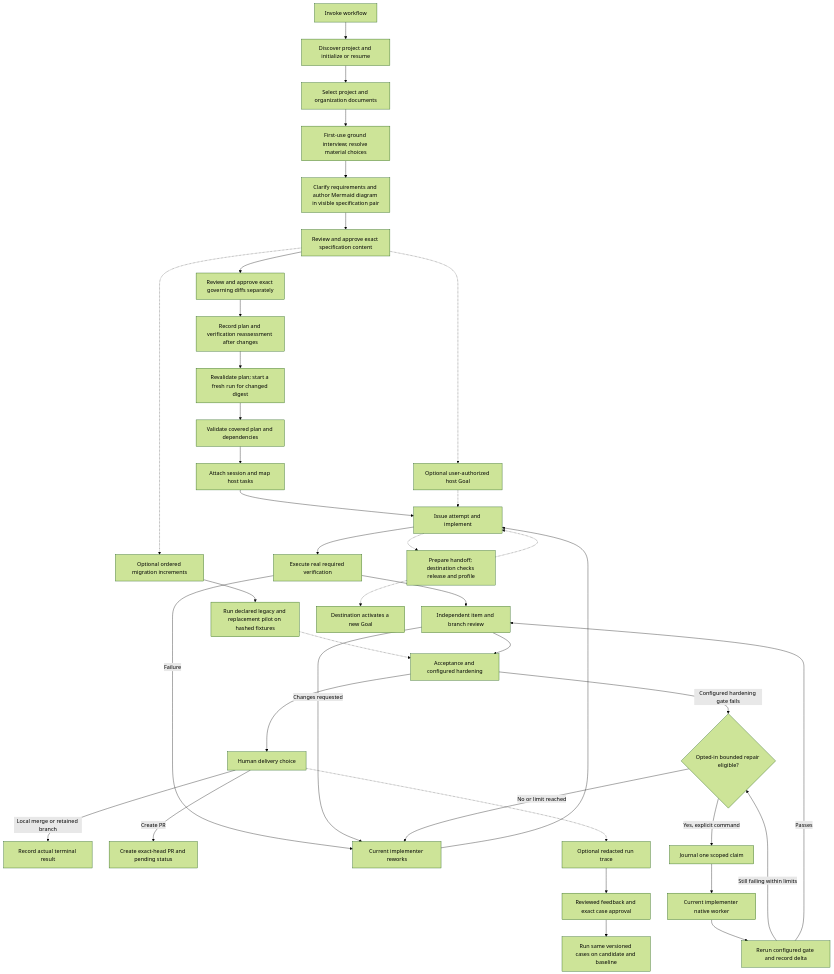
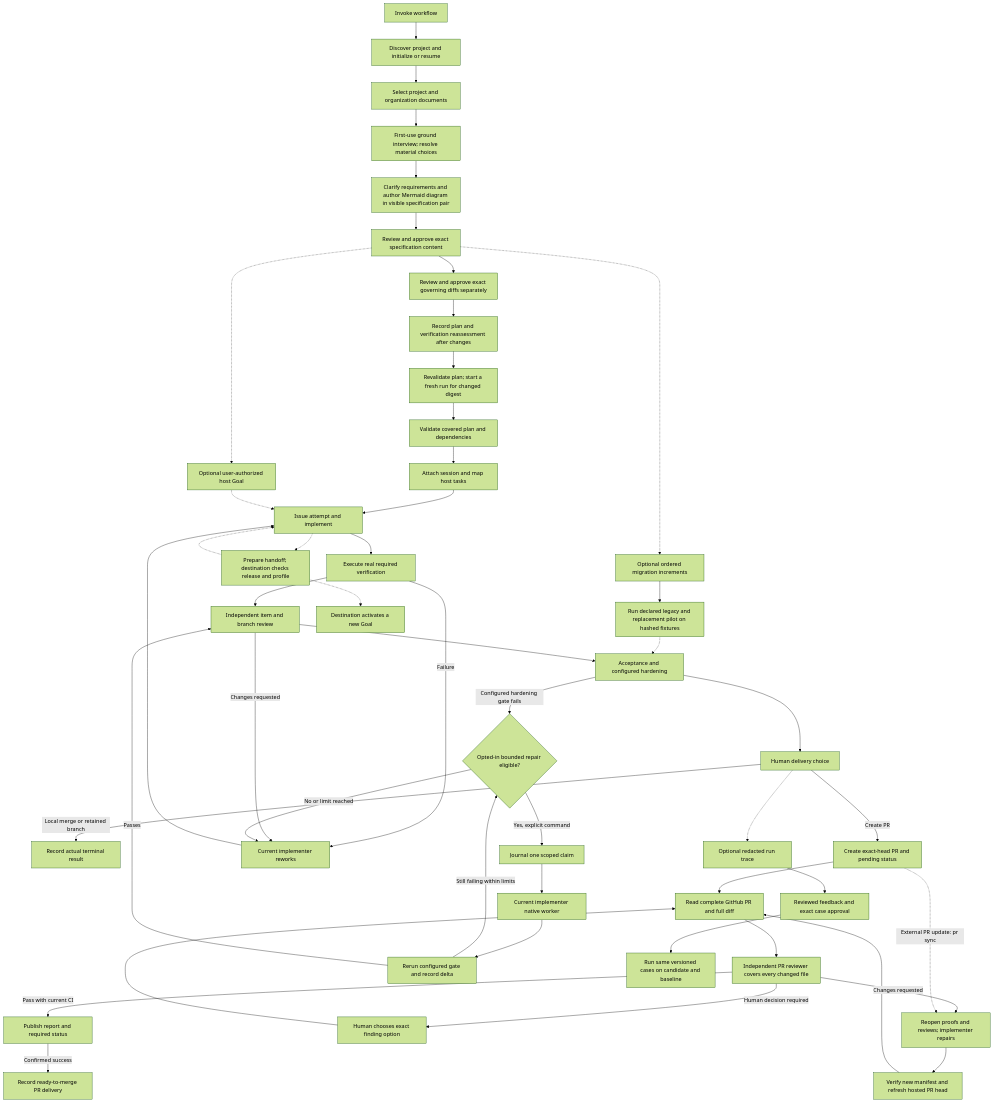
Before and after one commit to wgentil/devflow: the first of 2 diagrams in docs/setup-and-usage.md, drawn with Mermaid (forest theme). The commit also changed other lines of this file and 24 other files, not shown here.

Commit message:
feat: require independent full GitHub PR review before delivery

````diff
--- a/docs/setup-and-usage.md
+++ b/docs/setup-and-usage.md
@@ -95,41 +95,51 @@
 ```mermaid
 flowchart TD
     Invoke[Invoke workflow] --> Init[Discover project and initialize or resume]
     Init --> Docs[Select project and organization documents]
     Docs --> Ground[First-use ground interview; resolve material choices]
     Ground --> Spec[Clarify requirements and author Mermaid diagram in visible specification pair]
     Spec --> SpecApprove[Review and approve exact specification content]
     SpecApprove --> Policy[Review and approve exact governing diffs separately]
     Policy --> Impact[Record plan and verification reassessment after changes]
     Impact --> Fresh[Revalidate plan; start a fresh run for changed digest]
     Fresh --> Plan[Validate covered plan and dependencies]
     SpecApprove -.-> Migration[Optional ordered migration increments]
     Migration --> Pilot[Run declared legacy and replacement pilot on hashed fixtures]
     Pilot -.-> Accept
     Plan --> Attach[Attach session and map host tasks]
     Attach --> Work[Issue attempt and implement]
     Work --> Proof[Execute real required verification]
     Proof --> Review[Independent item and branch review]
     Review --> Accept[Acceptance and configured hardening]
     Accept --> Deliver[Human delivery choice]
     Deliver -->|Local merge or retained branch| DirectResult[Record actual terminal result]
     Deliver -->|Create PR| PendingPR[Create exact-head PR and pending status]
+    PendingPR --> PRPackage[Read complete GitHub PR and full diff]
+    PRPackage --> PRReview[Independent PR reviewer covers every changed file]
+    PRReview -->|Changes requested| PRRework[Reopen proofs and reviews; implementer repairs]
+    PRRework --> PRRefresh[Verify new manifest and refresh hosted PR head]
+    PRRefresh --> PRPackage
+    PendingPR -.->|External PR update: pr sync| PRRework
+    PRReview -->|Human decision required| HumanPR[Human chooses exact finding option]
+    HumanPR --> PRPackage
+    PRReview -->|Pass with current CI| PRStatus[Publish report and required status]
+    PRStatus -->|Confirmed success| PRDelivered[Record ready-to-merge PR delivery]
     Proof -->|Failure| Fix[Current implementer reworks]
     Review -->|Changes requested| Fix
     Accept -->|Configured hardening gate fails| Repair{Opted-in bounded repair eligible?}
     Repair -->|Yes, explicit command| Claim[Journal one scoped claim]
     Claim --> Worker[Current implementer native worker]
     Worker --> Recheck[Rerun configured gate and record delta]
     Recheck -->|Still failing within limits| Repair
     Recheck -->|Passes| Review
     Repair -->|No or limit reached| Fix
     Fix --> Work
     Work -.-> Transfer[Prepare handoff; destination checks release and profile]
     Transfer -.-> Work
     SpecApprove -.-> Goal[Optional user-authorized host Goal]
     Goal -.-> Work
     Transfer -.-> NewGoal[Destination activates a new Goal]
     Deliver -.-> Trace[Optional redacted run trace]
     Trace --> Feedback[Reviewed feedback and exact case approval]
     Feedback --> Eval[Run same versioned cases on candidate and baseline]
 ```
````
